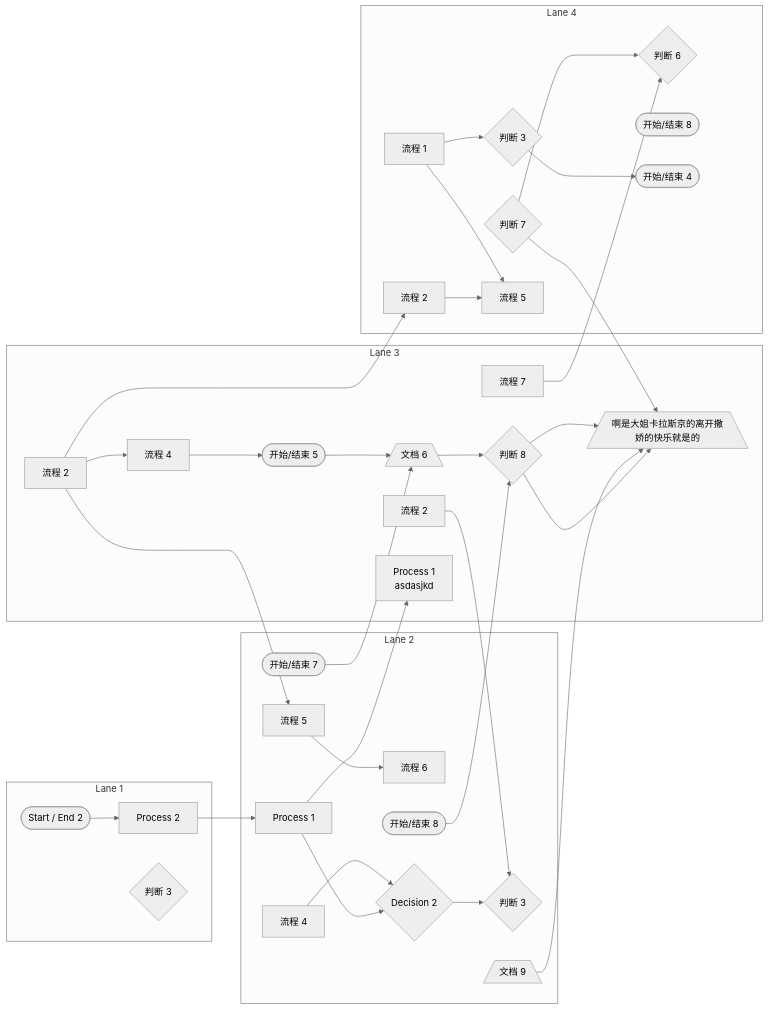
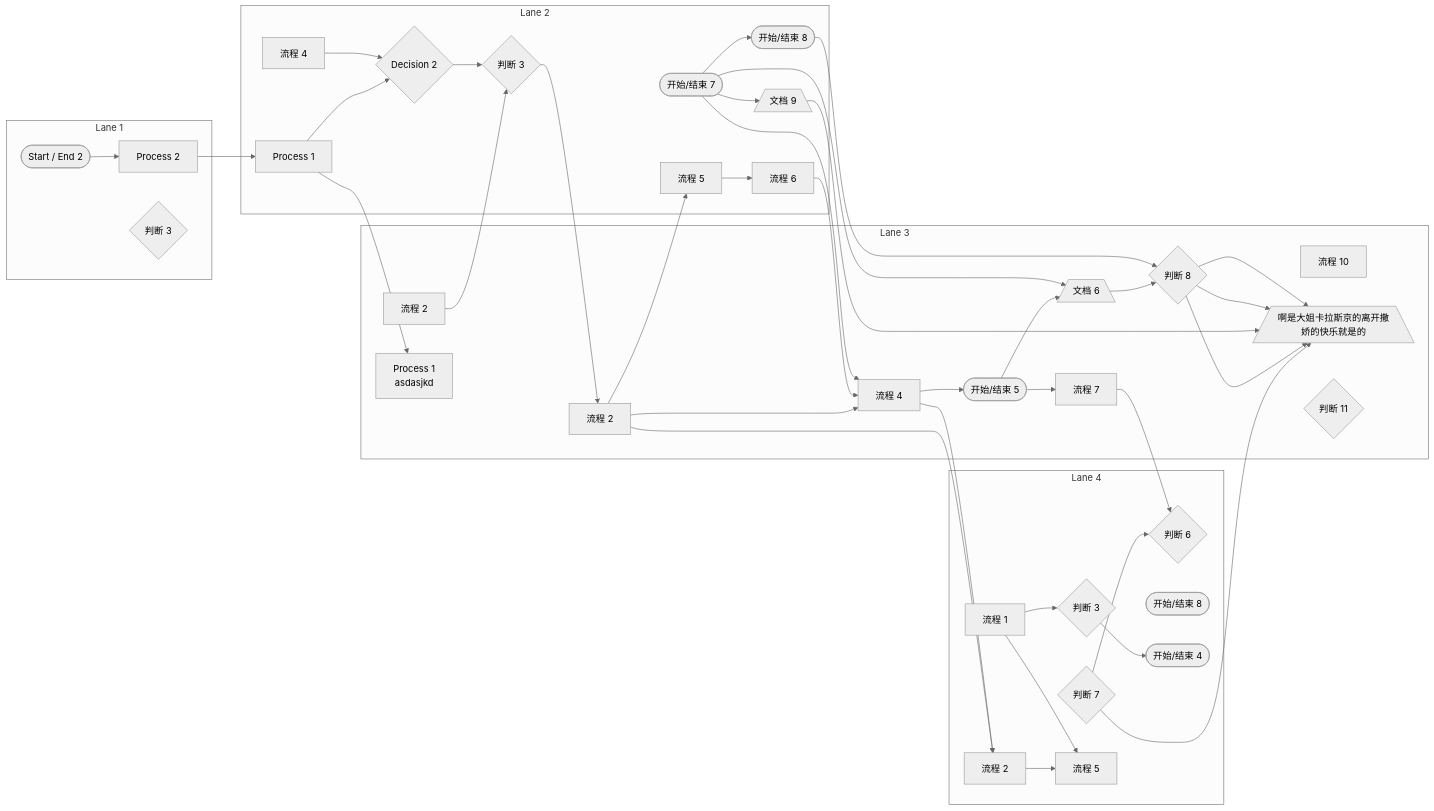
Before and after one commit to pingpm/mermaid_vault: the diagram in mmd/123_9b882ae4-c4df-432b-9e50-9fb05b2c95e5.mmd, drawn with Mermaid (neutral theme). The commit also changed 2 other files, not shown here.

Commit message:
Sync Mermaid Studio data (14 diagrams)

```diff
--- a/mmd/123_9b882ae4-c4df-432b-9e50-9fb05b2c95e5.mmd
+++ b/mmd/123_9b882ae4-c4df-432b-9e50-9fb05b2c95e5.mmd
@@ -1,66 +1,76 @@
 flowchart LR
   subgraph lane_0["Lane 1"]
     t_0["Process 2"]
     t_1{"判断 3"}
     t_2(["Start / End 2"])
   end
   subgraph lane_1["Lane 2"]
     t_3["流程 4"]
     t_4["流程 6"]
     t_5["流程 5"]
     t_6(["开始/结束 7"])
     t_7{"判断 3"}
     t_8{"Decision 2"}
     %% [tag:pending] 待确认 | 阿斯顿撒娇看了大姐撒开
     t_9["Process 1"]
     t_10(["开始/结束 8"])
     t_11[/"文档 9"\]
   end
   subgraph lane_2["Lane 3"]
     t_12(["开始/结束 5"])
     t_13["流程 2"]
     t_14["流程 2"]
-    t_15{"判断 8"}
+    t_15["流程 10"]
     t_16[/"文档 6"\]
     t_17[/"啊是大姐卡拉斯京的离开撒娇的快乐就是的"\]
     t_18["流程 4"]
-    t_19["Process 1<br/>asdasjkd"]
+    t_19{"判断 8"}
+    t_20{"判断 11"}
+    t_21["Process 1<br/>asdasjkd"]
     %% [tag:other] 其他 | 2为企鹅12312321
-    t_20["流程 7"]
+    t_22["流程 7"]
   end
   subgraph lane_3["Lane 4"]
-    t_21["流程 2"]
-    t_22{"判断 7"}
-    t_23["流程 1"]
-    t_24{"判断 3"}
-    t_25{"判断 6"}
-    t_26(["开始/结束 8"])
-    t_27(["开始/结束 4"])
-    t_28["流程 5"]
+    t_23["流程 2"]
+    t_24{"判断 7"}
+    t_25["流程 1"]
+    t_26{"判断 3"}
+    t_27{"判断 6"}
+    t_28(["开始/结束 8"])
+    t_29(["开始/结束 4"])
+    t_30["流程 5"]
   end
   t_2 --> t_0
   t_0 --> t_9
   t_9 --> t_8
-  t_9 --> t_19
+  t_9 --> t_21
   t_14 --> t_7
   t_8 --> t_7
   t_3 --> t_8
   t_5 --> t_4
   t_13 --> t_18
   t_18 --> t_12
   t_13 --> t_5
-  t_13 --> t_21
-  t_21 --> t_28
-  t_23 --> t_28
-  t_23 --> t_24
+  t_13 --> t_23
+  t_23 --> t_30
+  t_25 --> t_30
+  t_25 --> t_26
+  t_26 --> t_29
+  t_22 --> t_27
   t_24 --> t_27
-  t_20 --> t_25
-  t_22 --> t_25
-  t_22 --> t_17
-  t_15 --> t_17
-  t_16 --> t_15
+  t_24 --> t_17
+  t_19 --> t_17
+  t_16 --> t_19
   t_12 --> t_16
   t_6 --> t_16
-  t_10 --> t_15
+  t_10 --> t_19
   t_11 --> t_17
-  t_15 --> t_17
+  t_19 --> t_17
+  t_18 --> t_23
+  t_4 --> t_18
+  t_7 --> t_13
+  t_6 --> t_18
+  t_6 --> t_10
+  t_6 --> t_11
+  t_12 --> t_22
+  t_19 --> t_17
```
